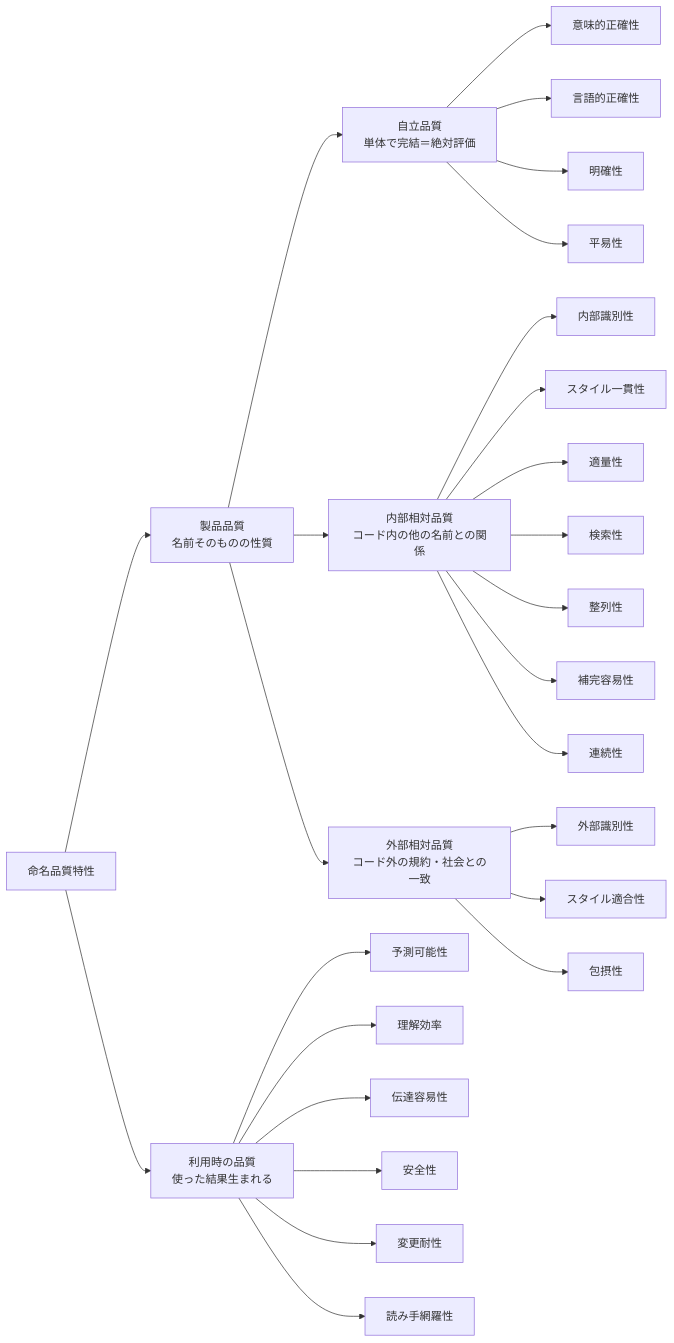
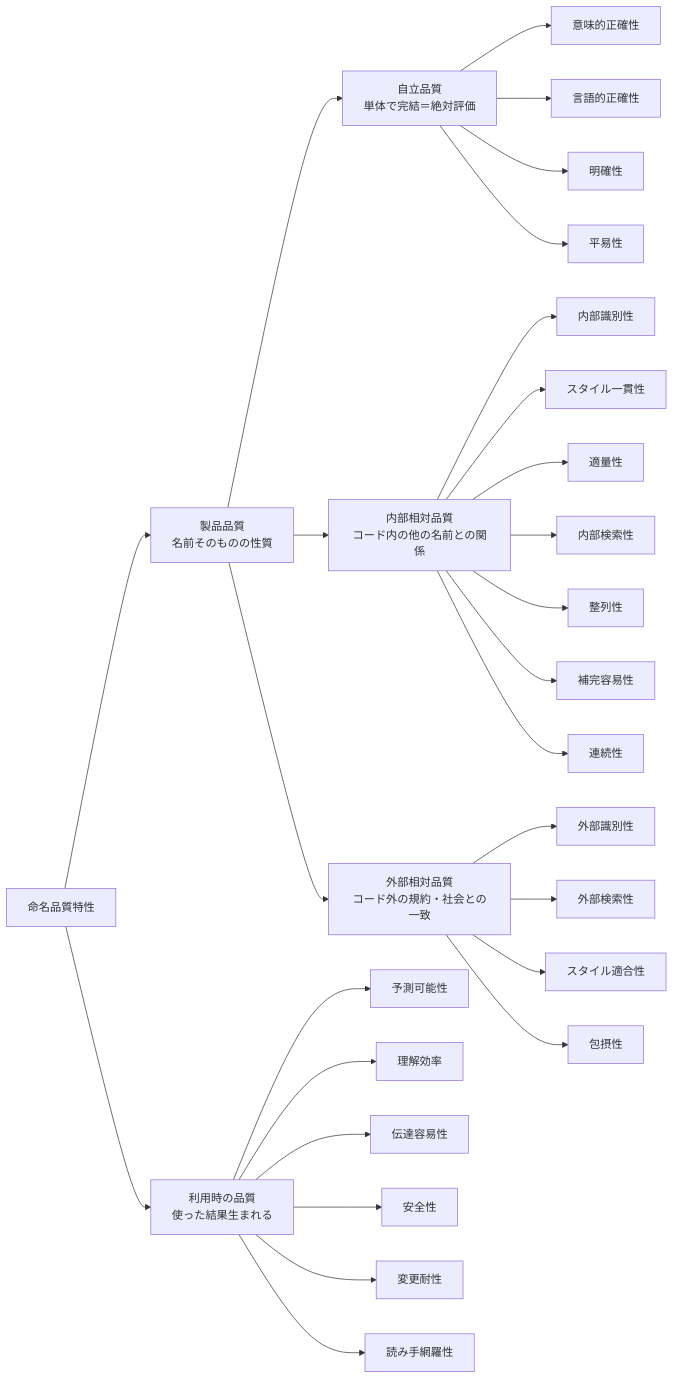
The diagram in articles/naming-quality-characteristics.md (kagankan/zenn-articles), drawn with Mermaid before and after one commit. The commit also changed other lines of this file and 2 other files, not shown here.

````diff
--- a/articles/naming-quality-characteristics.md
+++ b/articles/naming-quality-characteristics.md
@@ -15,35 +15,36 @@
 ```mermaid
 graph LR
   R[命名品質特性]
 
   R --> P[製品品質<br/>名前そのものの性質]
   R --> U[利用時の品質<br/>使った結果生まれる]
 
   P --> A[自立品質<br/>単体で完結＝絶対評価]
   P --> I[内部相対品質<br/>コード内の他の名前との関係]
   P --> E[外部相対品質<br/>コード外の規約・社会との一致]
 
   A --> A1[意味的正確性]
   A --> A2[言語的正確性]
   A --> A3[明確性]
   A --> A4[平易性]
 
   I --> I1[内部識別性]
   I --> I7[スタイル一貫性]
   I --> I2[適量性]
-  I --> I3[検索性]
+  I --> I3[内部検索性]
   I --> I4[整列性]
   I --> I5[補完容易性]
   I --> I6[連続性]
 
   E --> E1[外部識別性]
+  E --> E4[外部検索性]
   E --> E2[スタイル適合性]
   E --> E3[包摂性]
 
   U --> U1[予測可能性]
   U --> U2[理解効率]
   U --> U6[伝達容易性]
   U --> U3[安全性]
   U --> U4[変更耐性]
   U --> U5[読み手網羅性]
 ```
````
